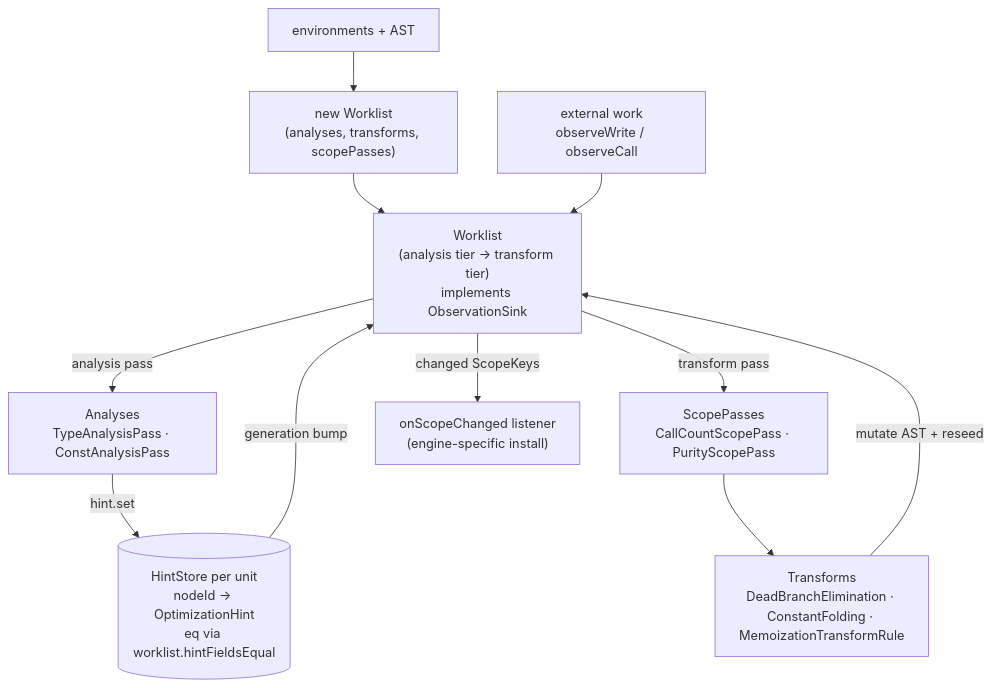
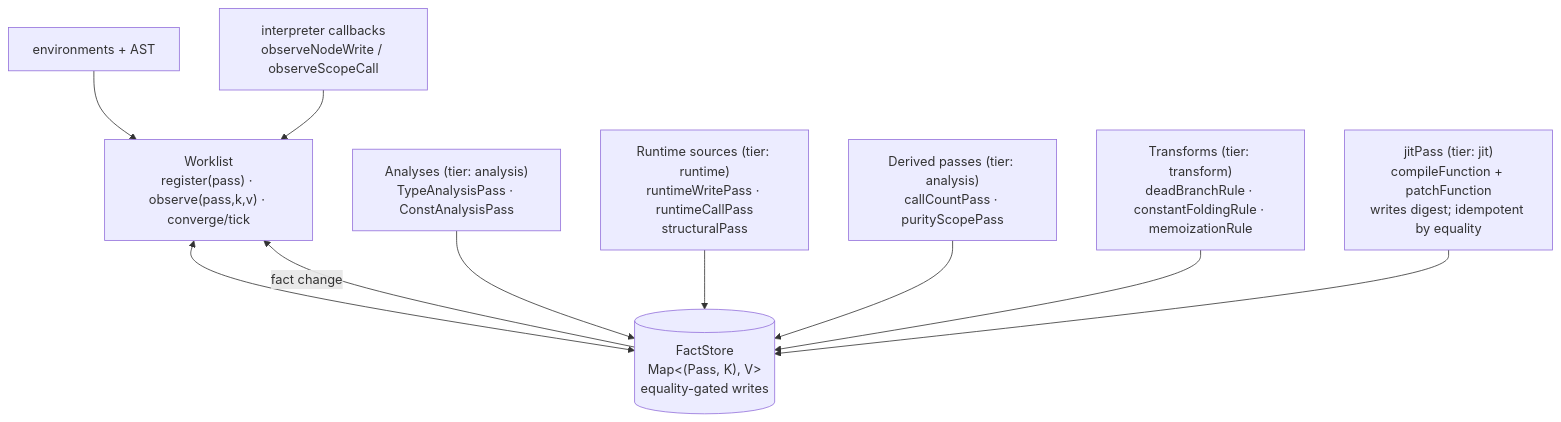
The third of 6 diagrams in docs/compilation-flow.md (loyaltypollution/py-slang), drawn with Mermaid before and after one commit. The commit also changed other lines of this file and 48 other files, not shown here.

````diff
--- a/docs/compilation-flow.md
+++ b/docs/compilation-flow.md
@@ -162,20 +144,23 @@
 ```mermaid
 flowchart TB
     RESOLVE["environments + AST"]
-    BUILD["new Worklist<br/>(analyses, transforms, scopePasses)"]
-    PW["Worklist<br/>(analysis tier → transform tier)<br/>implements ObservationSink"]
-    ANA["Analyses<br/>TypeAnalysisPass · ConstAnalysisPass"]
-    SP["ScopePasses<br/>CallCountScopePass · PurityScopePass"]
-    XF["Transforms<br/>DeadBranchElimination · ConstantFolding · MemoizationTransformRule"]
-    HS[("HintStore per unit<br/>nodeId → OptimizationHint<br/>eq via worklist.hintFieldsEqual")]
-    PATCH["onScopeChanged listener<br/>(engine-specific install)"]
+    WL["Worklist<br/>register(pass) · observe(pass,k,v) · converge/tick"]
+    FS[("FactStore<br/>Map&lt;(Pass, K), V&gt;<br/>equality-gated writes")]
+    ANA["Analyses (tier: analysis)<br/>TypeAnalysisPass · ConstAnalysisPass"]
+    SRC_RT["Runtime sources (tier: runtime)<br/>runtimeWritePass · runtimeCallPass<br/>structuralPass"]
+    DERIVED["Derived passes (tier: analysis)<br/>callCountPass · purityScopePass"]
+    XF["Transforms (tier: transform)<br/>deadBranchRule · constantFoldingRule · memoizationRule"]
+    JIT["jitPass (tier: jit)<br/>compileFunction + patchFunction<br/>writes digest; idempotent by equality"]
 
-    RESOLVE --> BUILD --> PW
-    PW -->|analysis pass| ANA -->|hint.set| HS
-    PW -->|transform pass| SP --> XF -->|mutate AST + reseed| PW
-    HS -->|generation bump| PW
-    PW -->|changed ScopeKeys| PATCH
+    RESOLVE --> WL
+    WL <--> FS
+    ANA --> FS
+    SRC_RT --> FS
+    DERIVED --> FS
+    XF --> FS
+    JIT --> FS
+    FS -- "fact change" --> WL
 
-    EXT["external work<br/>observeWrite / observeCall"]
-    EXT --> PW
+    EXT["interpreter callbacks<br/>observeNodeWrite / observeScopeCall"]
+    EXT --> WL
 ```
````
